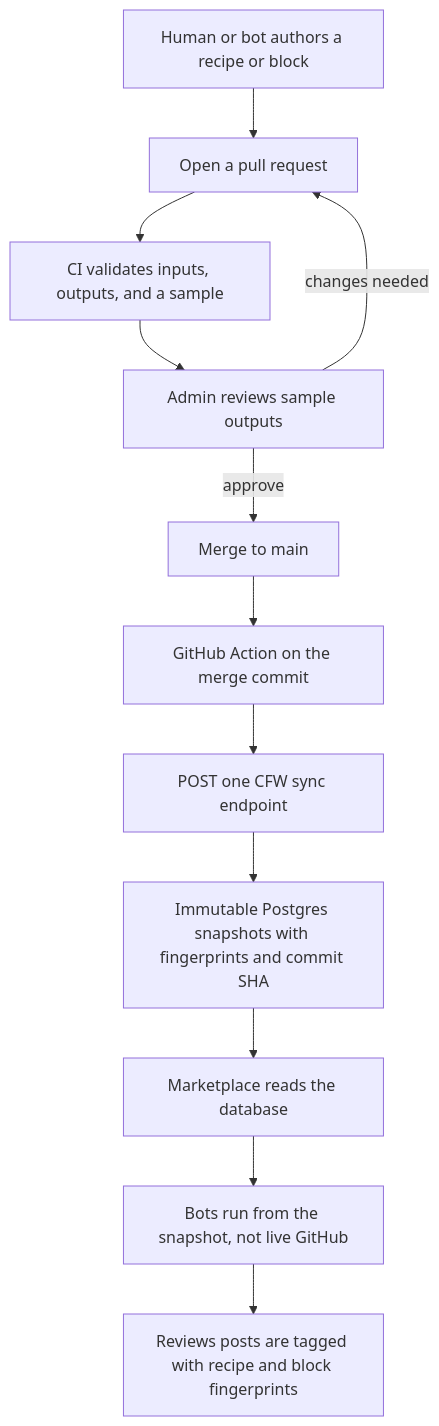
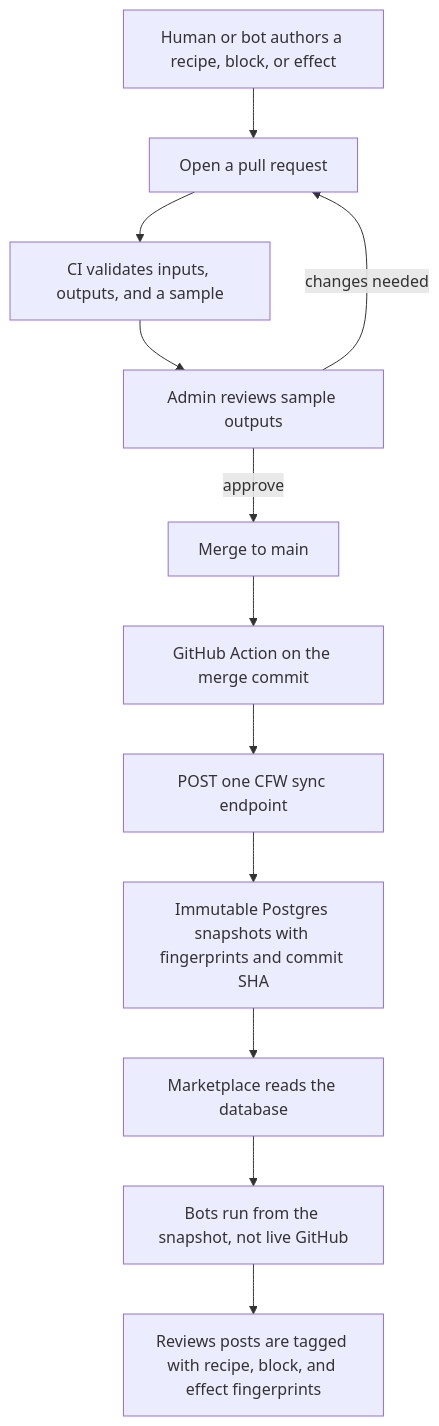
Before and after one commit to cfw-social/cfw-effects: the diagram in docs/DESIGN.md, drawn with Mermaid. The commit also changed other lines of this file and 13 other files, not shown here.

````diff
--- a/docs/DESIGN.md
+++ b/docs/DESIGN.md
@@ -104,14 +125,14 @@
 ```mermaid
 flowchart TD
-  A[Human or bot authors a recipe or block] --> B[Open a pull request]
+  A[Human or bot authors a recipe, block, or effect] --> B[Open a pull request]
   B --> C[CI validates inputs, outputs, and a sample]
   C --> D[Admin reviews sample outputs]
   D -->|approve| E[Merge to main]
   D -->|changes needed| B
   E --> F[GitHub Action on the merge commit]
   F --> G[POST one CFW sync endpoint]
   G --> H[Immutable Postgres snapshots with fingerprints and commit SHA]
   H --> I[Marketplace reads the database]
   I --> J[Bots run from the snapshot, not live GitHub]
-  J --> K[Reviews posts are tagged with recipe and block fingerprints]
+  J --> K[Reviews posts are tagged with recipe, block, and effect fingerprints]
 ```
````
